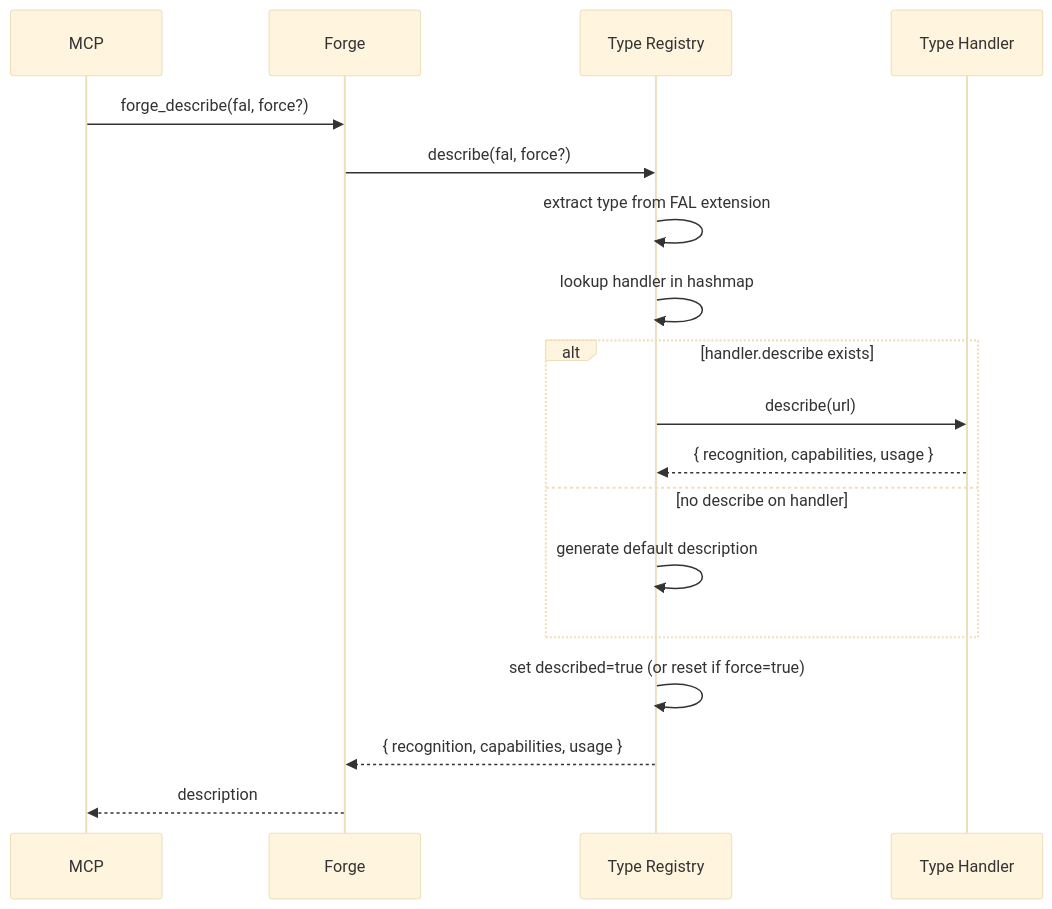
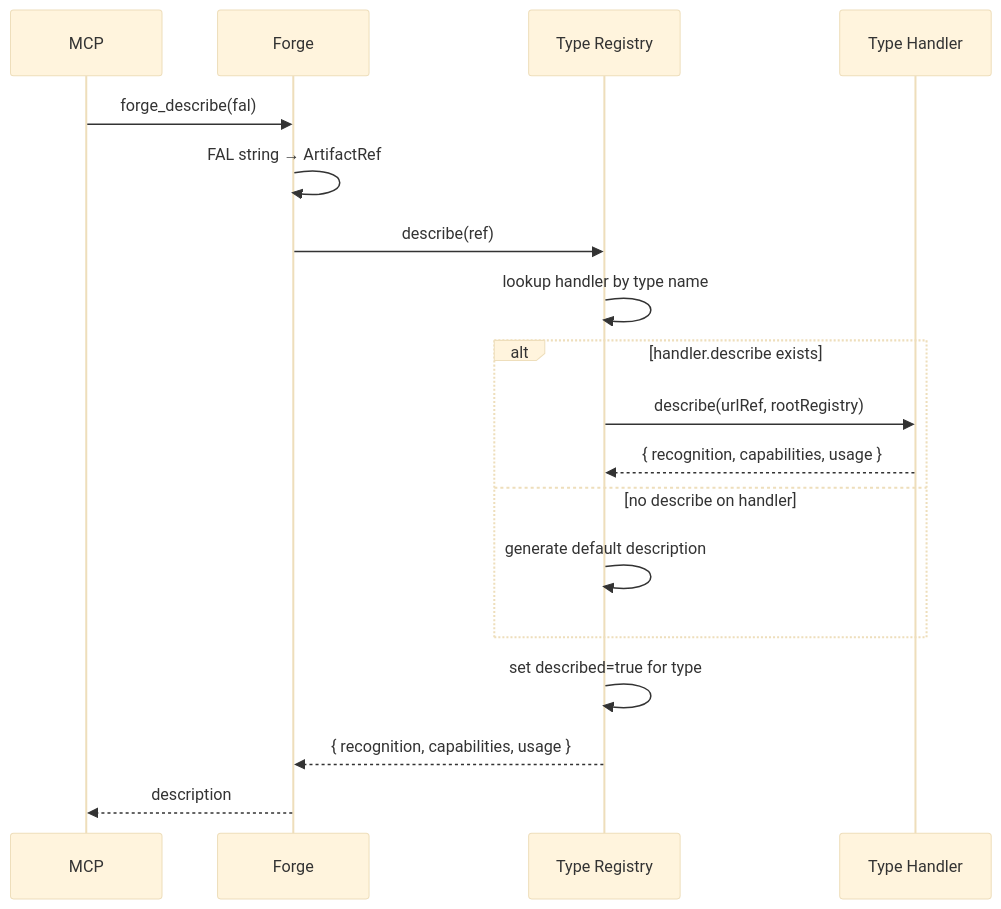
One commit to RemiLequette/KnowledgeBase changed the third of 3 diagrams in public/conventions/forge.md. Above: the diagram before and after it, drawn with Mermaid (base theme). The commit also changed other lines of this file and 10 other files, not shown here.

Commit message:
abstraction FAL et URL tests

````diff
--- a/public/conventions/forge.md
+++ b/public/conventions/forge.md
@@ -505,21 +534,21 @@
 ```mermaid
 sequenceDiagram
     participant MCP
     participant Forge
     participant TypeReg as Type Registry
     participant TypeH as Type Handler
 
-    MCP->>Forge: forge_describe(fal, force?)
-    Forge->>TypeReg: describe(fal, force?)
-    TypeReg->>TypeReg: extract type from FAL extension
-    TypeReg->>TypeReg: lookup handler in hashmap
+    MCP->>Forge: forge_describe(fal)
+    Forge->>Forge: FAL string → ArtifactRef
+    Forge->>TypeReg: describe(ref)
+    TypeReg->>TypeReg: lookup handler by type name
     alt handler.describe exists
-        TypeReg->>TypeH: describe(url)
+        TypeReg->>TypeH: describe(urlRef, rootRegistry)
         TypeH-->>TypeReg: { recognition, capabilities, usage }
     else no describe on handler
         TypeReg->>TypeReg: generate default description
     end
-    TypeReg->>TypeReg: set described=true (or reset if force=true)
+    TypeReg->>TypeReg: set described=true for type
     TypeReg-->>Forge: { recognition, capabilities, usage }
     Forge-->>MCP: description
 ```
````
